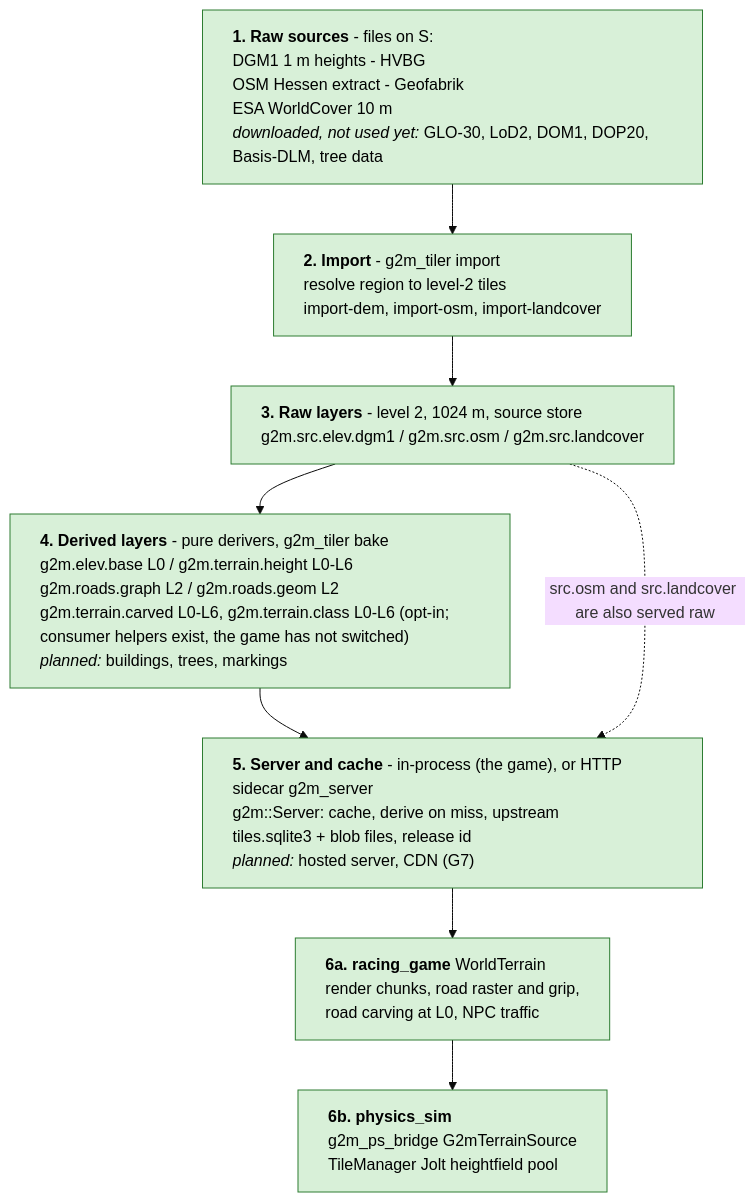
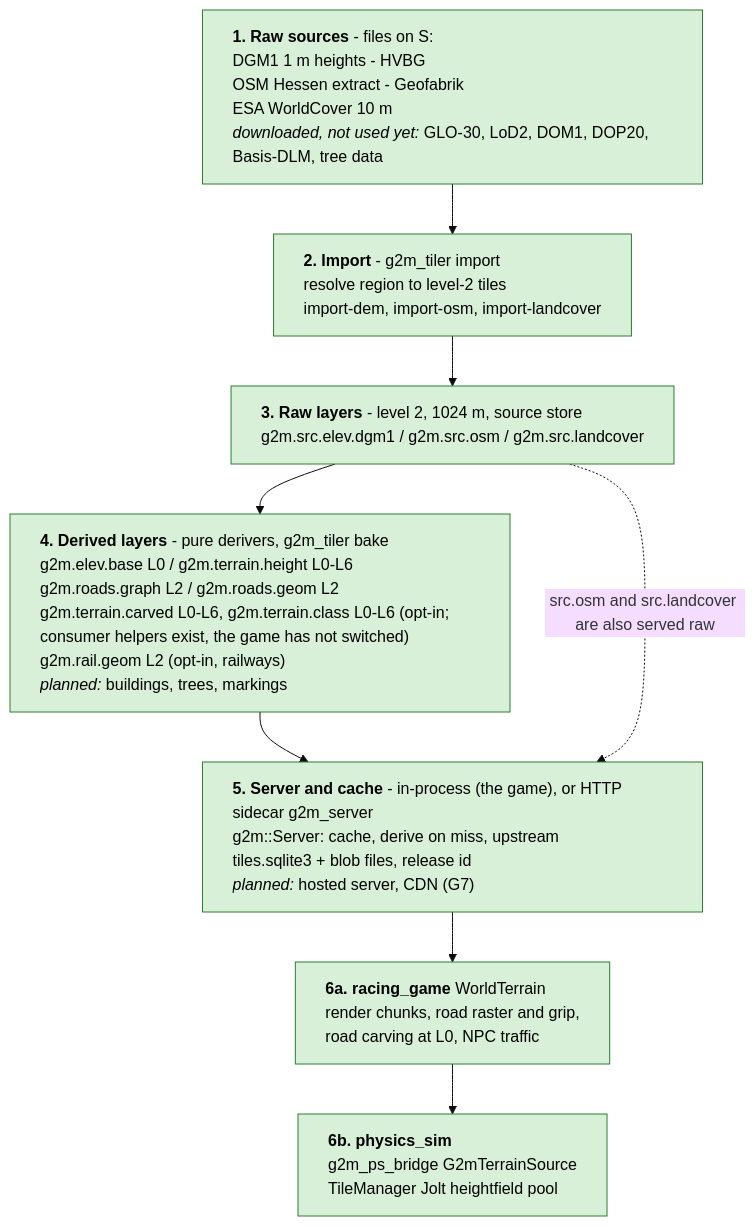
One commit to SebastianDanielFrenz/geo2map_engine changed the first of 4 diagrams in docs/pipeline/README.md. Above: the diagram before and after it, drawn with Mermaid (base theme). The commit also changed other lines of this file and 36 other files, not shown here.

First line of the commit message:
Railways R1/R2: g2m.rail.geom v1, an opt-in level-2 layer (decision G2M-026)

````diff
--- a/docs/pipeline/README.md
+++ b/docs/pipeline/README.md
@@ -31,16 +31,16 @@
 ```mermaid
 %%{init: {"flowchart": {"wrappingWidth": 440, "useMaxWidth": false}}}%%
 flowchart TB
   SRC["<b>1. Raw sources</b> - files on S:<br/>DGM1 1 m heights - HVBG<br/>OSM Hessen extract - Geofabrik<br/>ESA WorldCover 10 m<br/><i>downloaded, not used yet:</i> GLO-30, LoD2, DOM1, DOP20, Basis-DLM, tree data"]
   IMP["<b>2. Import</b> - g2m_tiler import<br/>resolve region to level-2 tiles<br/>import-dem, import-osm, import-landcover"]
   RAW["<b>3. Raw layers</b> - level 2, 1024 m, source store<br/>g2m.src.elev.dgm1 / g2m.src.osm / g2m.src.landcover"]
-  BAKE["<b>4. Derived layers</b> - pure derivers, g2m_tiler bake<br/>g2m.elev.base L0 / g2m.terrain.height L0-L6<br/>g2m.roads.graph L2 / g2m.roads.geom L2<br/>g2m.terrain.carved L0-L6, g2m.terrain.class L0-L6 (opt-in; consumer helpers exist, the game has not switched)<br/><i>planned:</i> buildings, trees, markings"]
+  BAKE["<b>4. Derived layers</b> - pure derivers, g2m_tiler bake<br/>g2m.elev.base L0 / g2m.terrain.height L0-L6<br/>g2m.roads.graph L2 / g2m.roads.geom L2<br/>g2m.terrain.carved L0-L6, g2m.terrain.class L0-L6 (opt-in; consumer helpers exist, the game has not switched)<br/>g2m.rail.geom L2 (opt-in, railways)<br/><i>planned:</i> buildings, trees, markings"]
   SRV["<b>5. Server and cache</b> - in-process (the game), or HTTP sidecar g2m_server<br/>g2m::Server: cache, derive on miss, upstream<br/>tiles.sqlite3 + blob files, release id<br/><i>planned:</i> hosted server, CDN (G7)"]
   GAME["<b>6a. racing_game</b> WorldTerrain<br/>render chunks, road raster and grip,<br/>road carving at L0, NPC traffic"]
   PHYS["<b>6b. physics_sim</b><br/>g2m_ps_bridge G2mTerrainSource<br/>TileManager Jolt heightfield pool"]
   SRC --> IMP --> RAW --> BAKE --> SRV --> GAME --> PHYS
   RAW -. "src.osm and src.landcover are also served raw" .-> SRV
 
   classDef done fill:#d8f0d8,stroke:#2e7d32,color:#000,text-align:left;
   class SRC,IMP,RAW,BAKE,SRV,GAME,PHYS done;
 ```
````
